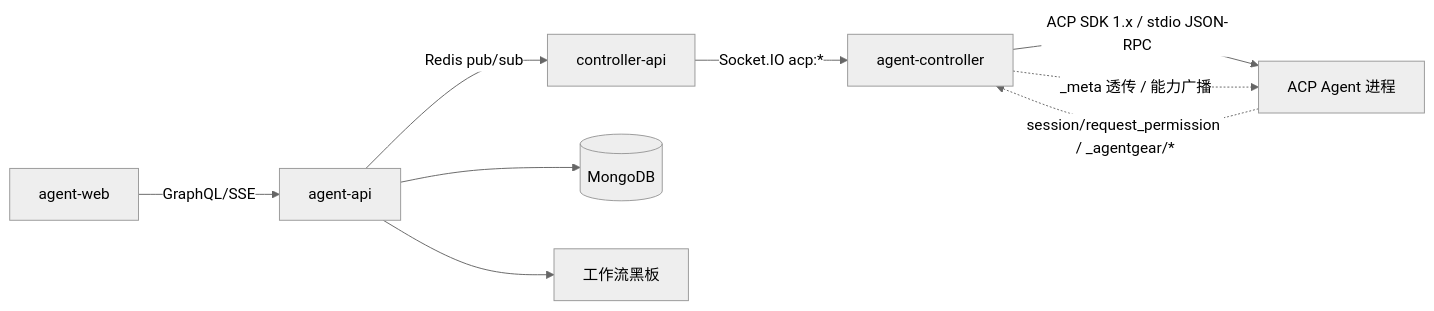
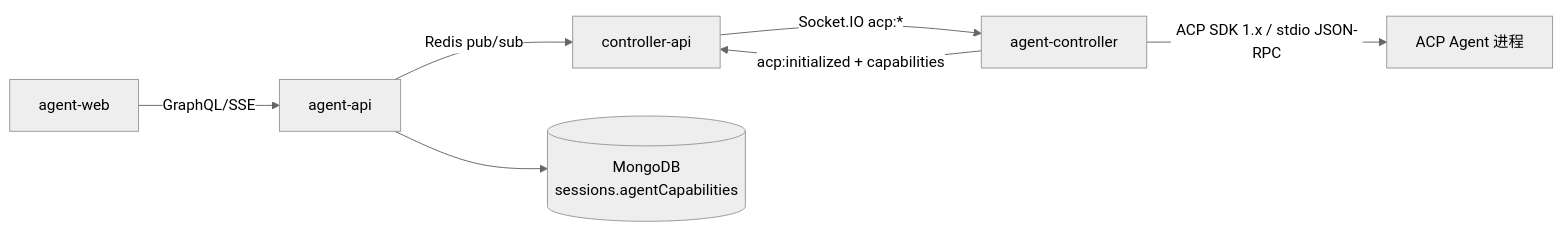
Before and after one commit to Deliay/z-agent-gear: the first of 2 diagrams in docs/engineering/proposals/20261021-feat-acp-protocol-enhancement.md, drawn with Mermaid (neutral theme). The commit also changed other lines of this file and 4 other files, not shown here.

Commit message:
docs(acp): 返工修订 v1.1——范围收敛与回传形态现状梳理（保留能力快照归一化/模型来源三档推断/前端能力门控与能力面板；移除 agentgear 扩展通道/工作流上下文与产物闭环/OpenCode 差异能力接入；新增 §5 OpenCode 回传形态→落库处理→前端渲染四层对照矩阵与观察项登记；附 OpenCode ACP 支持清单调研附录）

````diff
--- a/docs/engineering/proposals/20261021-feat-acp-protocol-enhancement.md
+++ b/docs/engineering/proposals/20261021-feat-acp-protocol-enhancement.md
@@ -297,11 +434,9 @@
 ```mermaid
 graph LR
     W[agent-web] -->|GraphQL/SSE| A[agent-api]
     A -->|Redis pub/sub| C[controller-api]
     C -->|Socket.IO acp:*| CTL[agent-controller]
     CTL -->|ACP SDK 1.x / stdio JSON-RPC| AG[ACP Agent 进程]
-    AG -.->|session/request_permission / _agentgear/*| CTL
-    CTL -.->|_meta 透传 / 能力广播| AG
-    A --> DB[(MongoDB)]
-    A --> BB[工作流黑板]
+    CTL -->|acp:initialized + capabilities| C
+    A --> DB[(MongoDB<br/>sessions.agentCapabilities)]
 ```
````
